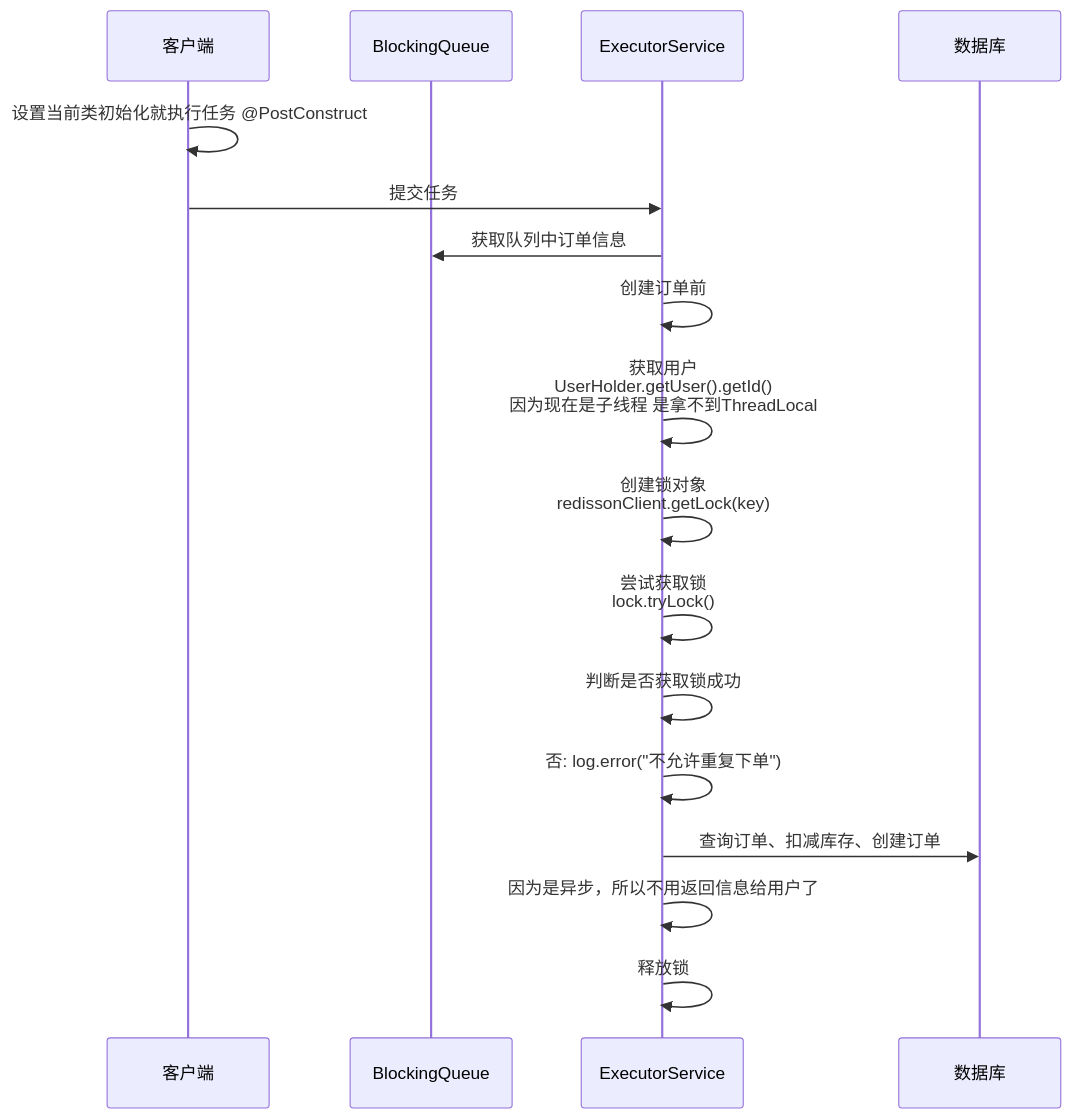
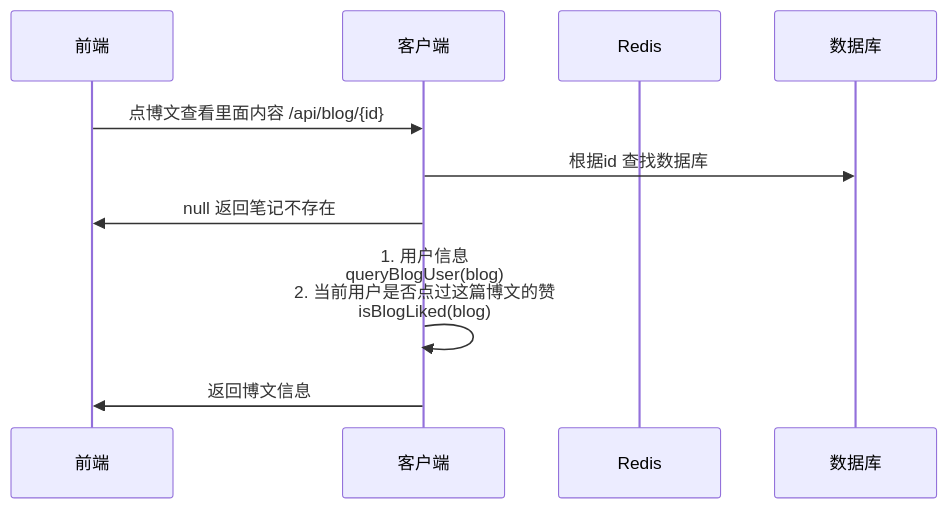
One commit to feed981/e01 changed the second of 2 diagrams in README.md. Above: the diagram before and after it, drawn with Mermaid. The commit also changed other lines of this file, not shown here.

````diff
--- a/README.md
+++ b/README.md
@@ -1558,20 +779,14 @@
 ```mermaid
 sequenceDiagram
+    participant 前端
     participant 客户端
-    participant BlockingQueue
-    participant ExecutorService
+    participant Redis
     participant 数据库
-
-客户端->>客户端: 设置当前类初始化就执行任务 @PostConstruct
-客户端->>ExecutorService: 提交任务
-ExecutorService->>BlockingQueue: 获取队列中订单信息
-ExecutorService->>ExecutorService: 创建订单前
-ExecutorService->>ExecutorService: 获取用户<br>UserHolder.getUser().getId()<br>因为现在是子线程 是拿不到ThreadLocal
-ExecutorService->>ExecutorService: 创建锁对象 <br>redissonClient.getLock(key)
-ExecutorService->>ExecutorService: 尝试获取锁<br>lock.tryLock()
-ExecutorService->>ExecutorService: 判断是否获取锁成功
-ExecutorService->>ExecutorService: 否: log.error("不允许重复下单")
-ExecutorService->>数据库: 查询订单、扣减库存、创建订单
-ExecutorService->>ExecutorService:  因为是异步，所以不用返回信息给用户了
-ExecutorService->>ExecutorService:  释放锁
+    
+    前端->>客户端: 点博文查看里面内容 /api/blog/{id}
+    客户端->>数据库: 根据id 查找数据库
+    客户端->>前端: null 返回笔记不存在
+    客户端->>客户端: 1. 用户信息 <br>queryBlogUser(blog)<br>2. 当前用户是否点过这篇博文的赞<br>isBlogLiked(blog)
+    客户端->>前端: 返回博文信息
+    
 ```
````
